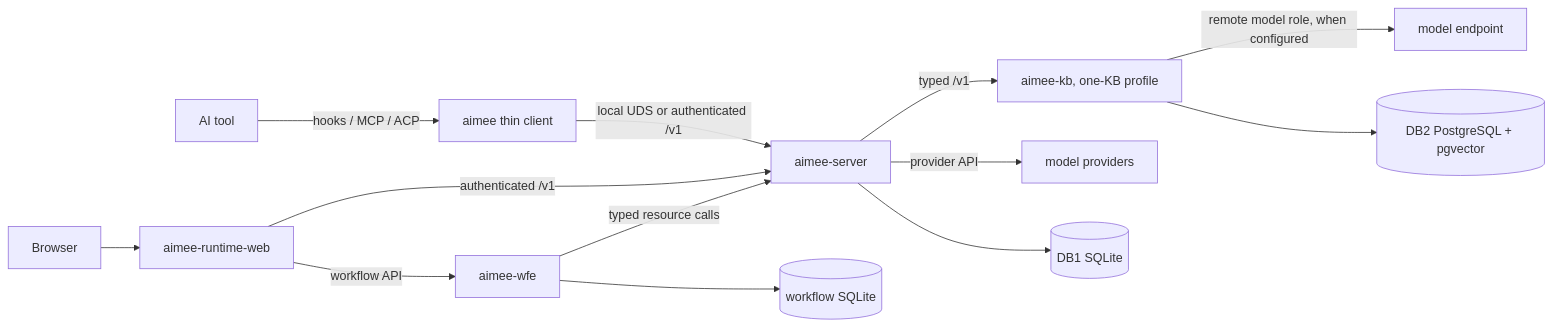
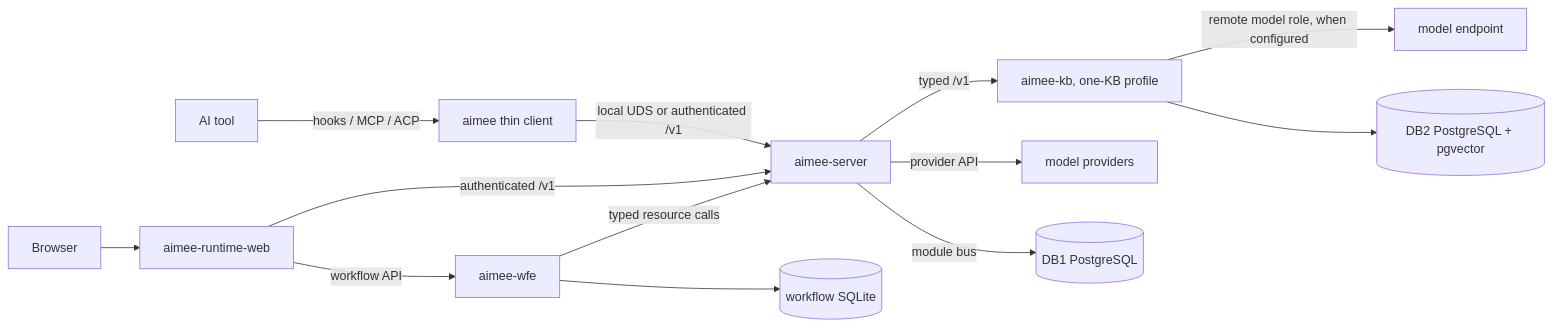
Before and after one commit to RakuenSoftware/aimee: the first of 2 diagrams in docs/ARCHITECTURE.md, drawn with Mermaid. The commit also changed other lines of this file and 758 other files, not shown here.

````diff
--- a/docs/ARCHITECTURE.md
+++ b/docs/ARCHITECTURE.md
@@ -9,15 +9,15 @@
 ```mermaid
 flowchart LR
     T[AI tool] -->|hooks / MCP / ACP| C[aimee thin client]
     B[Browser] --> W[aimee-runtime-web]
     C -->|local UDS or authenticated /v1| S[aimee-server]
     W -->|authenticated /v1| S
     W -->|workflow API| F[aimee-wfe]
     F -->|typed resource calls| S
     S -->|typed /v1| K[aimee-kb, one-KB profile]
     S -->|provider API| P[model providers]
     K -->|remote model role, when configured| X[model endpoint]
-    S --> D1[(DB1 SQLite)]
+    S -->|module bus| D1[(DB1 PostgreSQL)]
     F --> WF[(workflow SQLite)]
     K --> D2[(DB2 PostgreSQL + pgvector)]
 ```
````
